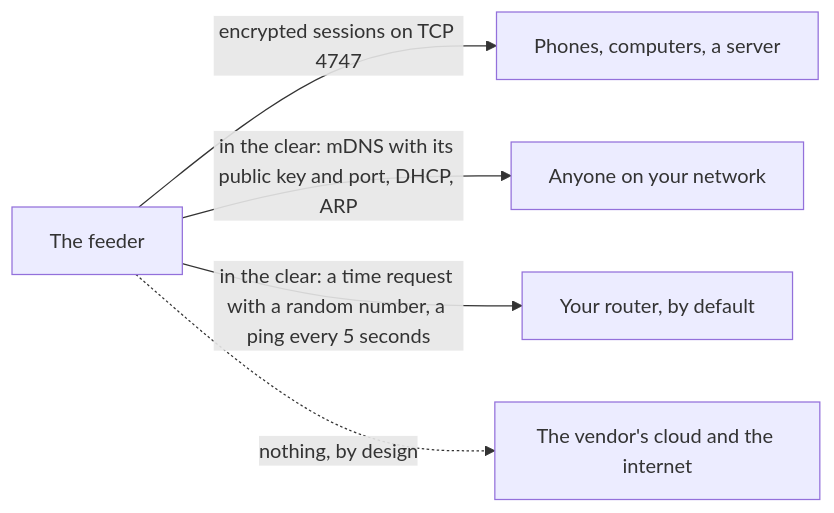
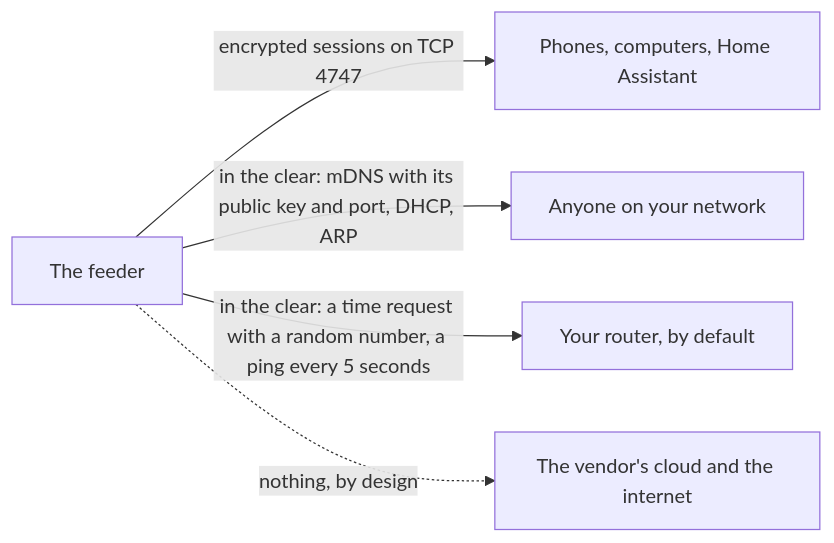
Before and after one commit to Isaac-Duarte/wellfed: the third of 3 diagrams in docs/guide/how-it-works/access.md, drawn with Mermaid. The commit also changed other lines of this file and 40 other files, not shown here.

First line of the commit message:
Describe Wellfed as the firmware, the app and Home Assistant, with no server

````diff
--- a/docs/guide/how-it-works/access.md
+++ b/docs/guide/how-it-works/access.md
@@ -65,8 +64,8 @@
 ```mermaid
 %% svg: access-network.svg
 flowchart LR
-  feeder["The feeder"] -->|encrypted sessions on TCP 4747| clients["Phones, computers, a server"]
+  feeder["The feeder"] -->|encrypted sessions on TCP 4747| clients["Phones, computers, Home Assistant"]
   feeder -->|in the clear: mDNS with its public key and port, DHCP, ARP| lan["Anyone on your network"]
   feeder -->|in the clear: a time request with a random number, a ping every 5 seconds| router["Your router, by default"]
   feeder -.->|nothing, by design| cloud["The vendor's cloud and the internet"]
 ```
````
